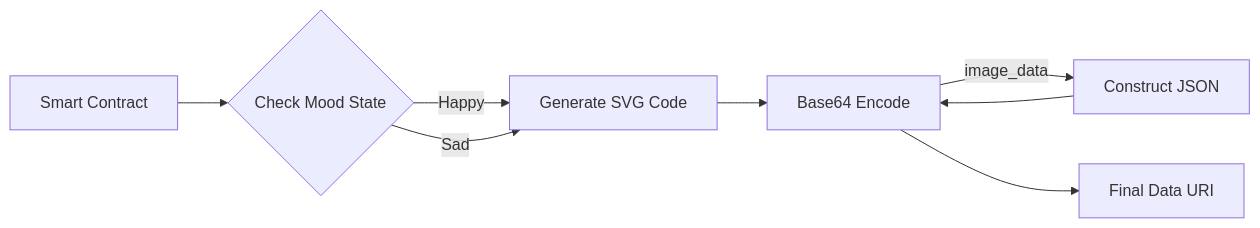
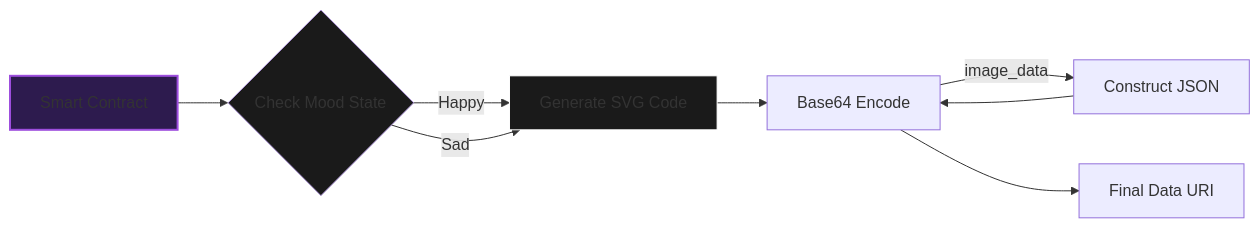
One commit to NexTechArchitect/FOUNDRY-Basic-and-Mood-Nft changed the diagram in README.md. Above: the diagram before and after it, drawn with Mermaid. The commit also changed other lines of this file, not shown here.

````diff
--- a/README.md
+++ b/README.md
@@ -107,18 +123,22 @@
 ```mermaid
 graph LR
     Contract[Smart Contract]
     State{Check Mood State}
     SVG[Generate SVG Code]
     Base64[Base64 Encode]
     JSON[Construct JSON]
     URI[Final Data URI]
 
     Contract --> State
     State -- Happy --> SVG
     State -- Sad --> SVG
     SVG --> Base64
     Base64 -- "image_data" --> JSON
     JSON --> Base64
     Base64 --> URI
+    
+    style Contract fill:#2d1b4e,stroke:#9d4edd,stroke-width:2px
+    style State fill:#1a1a1a,stroke:#b298dc
+    style SVG fill:#1a1a1a,stroke:#fff
 
 ```
````
